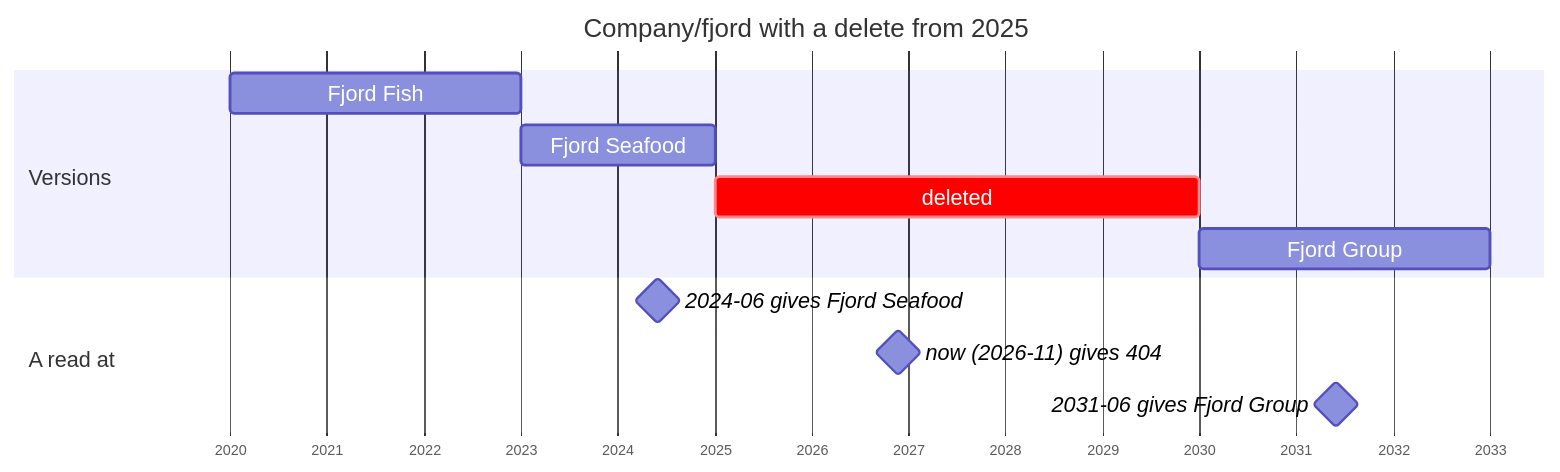
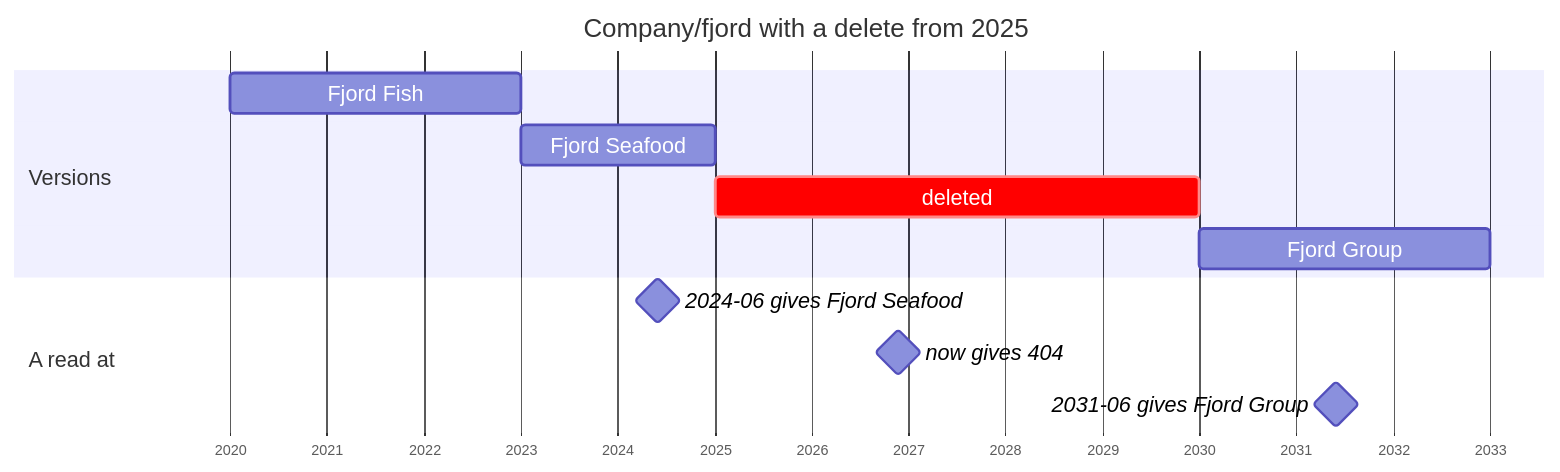
Before and after one commit to descoped/linked-data-store-project: the second of 9 diagrams in docs/user/concepts.md, drawn with Mermaid. The commit also changed other lines of this file and 48 other files, not shown here.

First line of the commit message:
The site: the landing page, every document checked against the code, and a roadmap (#70)

````diff
--- a/docs/user/concepts.md
+++ b/docs/user/concepts.md
@@ -232,17 +235,17 @@
 ```mermaid
 %%{init: {"gantt": {"leftPadding": 150, "fontSize": 15, "sectionFontSize": 15, "barHeight": 28, "barGap": 8}}}%%
 gantt
     title Company/fjord with a delete from 2025
     dateFormat YYYY-MM-DD
     axisFormat %Y
     todayMarker off
     section Versions
     Fjord Fish                    : 2020-01-01, 2023-01-01
     Fjord Seafood                 : 2023-01-01, 2025-01-01
     deleted                       : crit, 2025-01-01, 2030-01-01
     Fjord Group                   : 2030-01-01, 2033-01-01
     section A read at
     2024-06 gives Fjord Seafood   : milestone, 2024-06-01, 0d
-    now (2026-11) gives 404       : milestone, 2026-11-24, 0d
+    now gives 404                 : milestone, 2026-11-24, 0d
     2031-06 gives Fjord Group     : milestone, 2031-06-01, 0d
 ```
````
